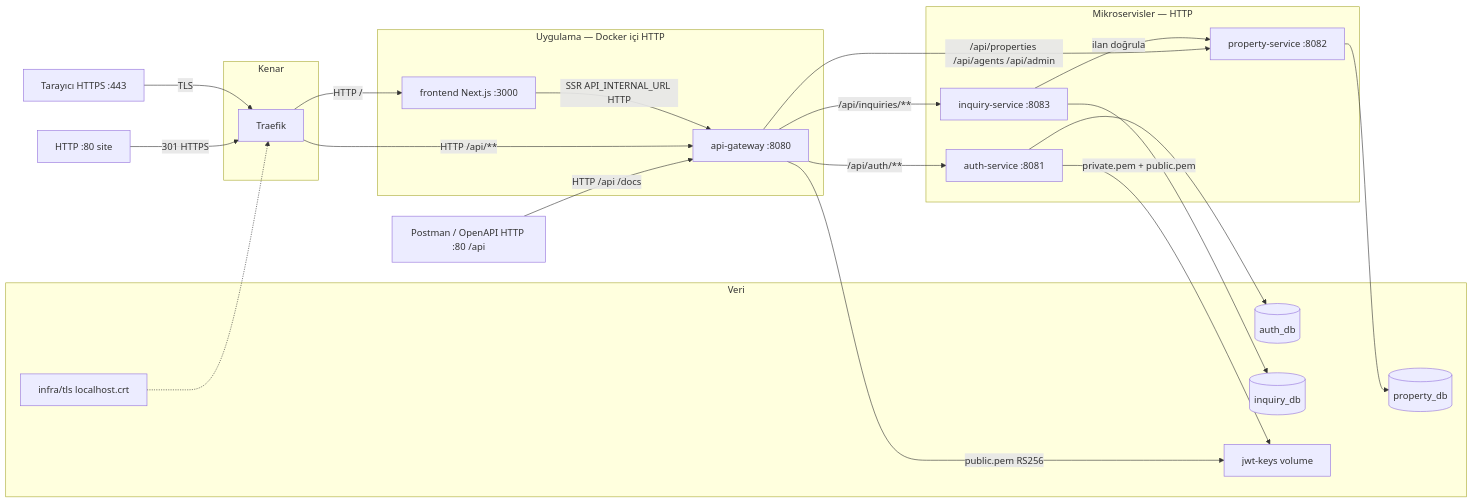
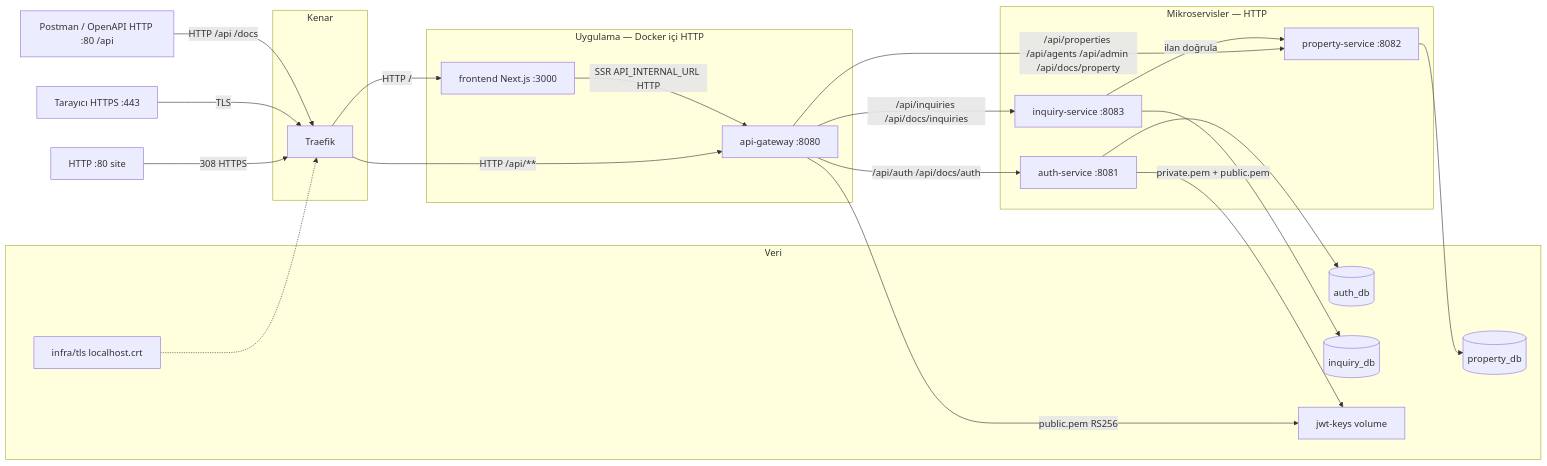
Before and after one commit to mrfatihgul/Avelrune: the diagram in docs/diagrams/architecture.mmd, drawn with Mermaid. The commit also changed 19 other files, not shown here.

```diff
--- a/docs/diagrams/architecture.mmd
+++ b/docs/diagrams/architecture.mmd
@@ -1,47 +1,47 @@
 flowchart LR
   browser["Tarayıcı HTTPS :443"]
   httpSite["HTTP :80 site"]
   postman["Postman / OpenAPI HTTP :80 /api"]
 
   subgraph edge [Kenar]
     traefik["Traefik"]
   end
 
   subgraph apps [Uygulama — Docker içi HTTP]
     frontend["frontend Next.js :3000"]
     gateway["api-gateway :8080"]
   end
 
   subgraph services [Mikroservisler — HTTP]
     auth["auth-service :8081"]
     property["property-service :8082"]
     inquiry["inquiry-service :8083"]
   end
 
   subgraph data [Veri]
     authDb[(auth_db)]
     propertyDb[(property_db)]
     inquiryDb[(inquiry_db)]
     keys[jwt-keys volume]
     certs["infra/tls localhost.crt"]
   end
 
-  httpSite -->|"301 HTTPS"| traefik
+  httpSite -->|"308 HTTPS"| traefik
   browser -->|"TLS"| traefik
   certs -.-> traefik
-  postman -->|"HTTP /api /docs"| gateway
+  postman -->|"HTTP /api /docs"| traefik
   traefik -->|"HTTP /"| frontend
   traefik -->|"HTTP /api/**"| gateway
 
   frontend -->|"SSR API_INTERNAL_URL HTTP"| gateway
 
-  gateway -->|"/api/auth/**"| auth
-  gateway -->|"/api/properties /api/agents /api/admin"| property
-  gateway -->|"/api/inquiries/**"| inquiry
+  gateway -->|"/api/auth /api/docs/auth"| auth
+  gateway -->|"/api/properties /api/agents /api/admin /api/docs/property"| property
+  gateway -->|"/api/inquiries /api/docs/inquiries"| inquiry
 
   auth --> authDb
   auth -->|"private.pem + public.pem"| keys
   property --> propertyDb
   inquiry --> inquiryDb
   inquiry -->|"ilan doğrula"| property
   gateway -->|"public.pem RS256"| keys
```
